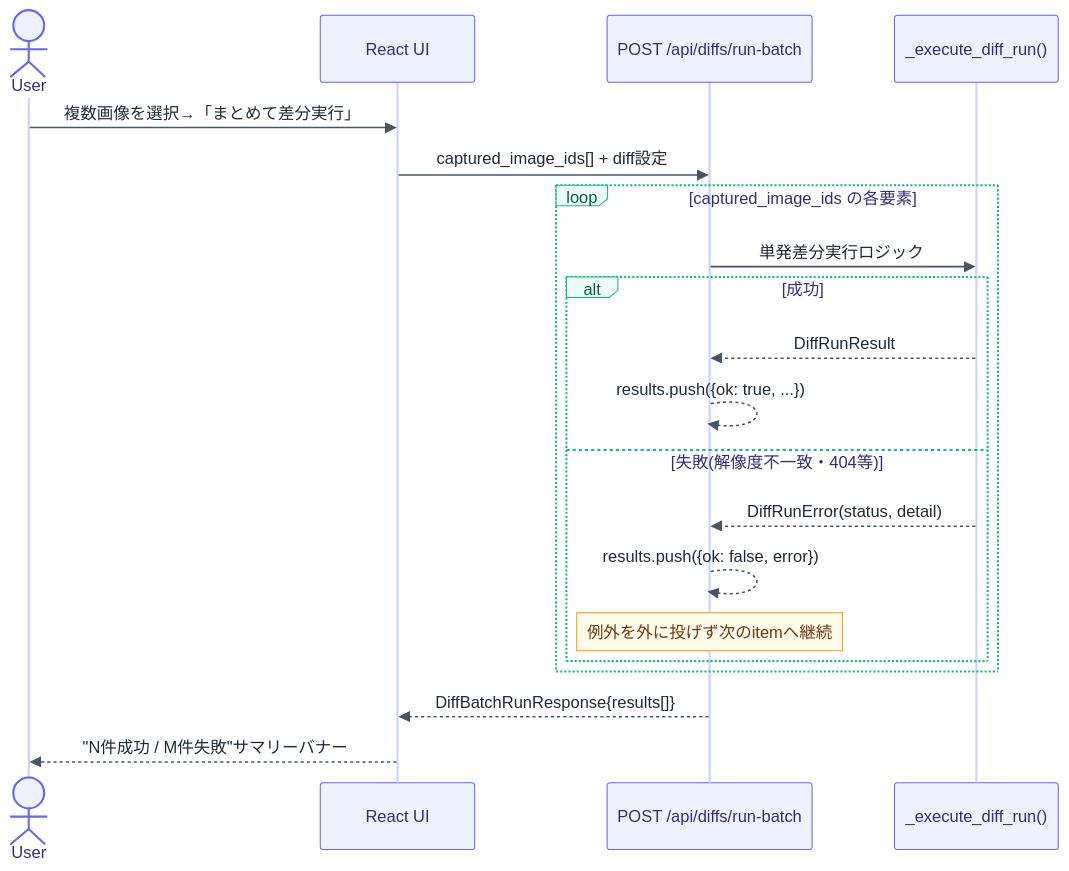
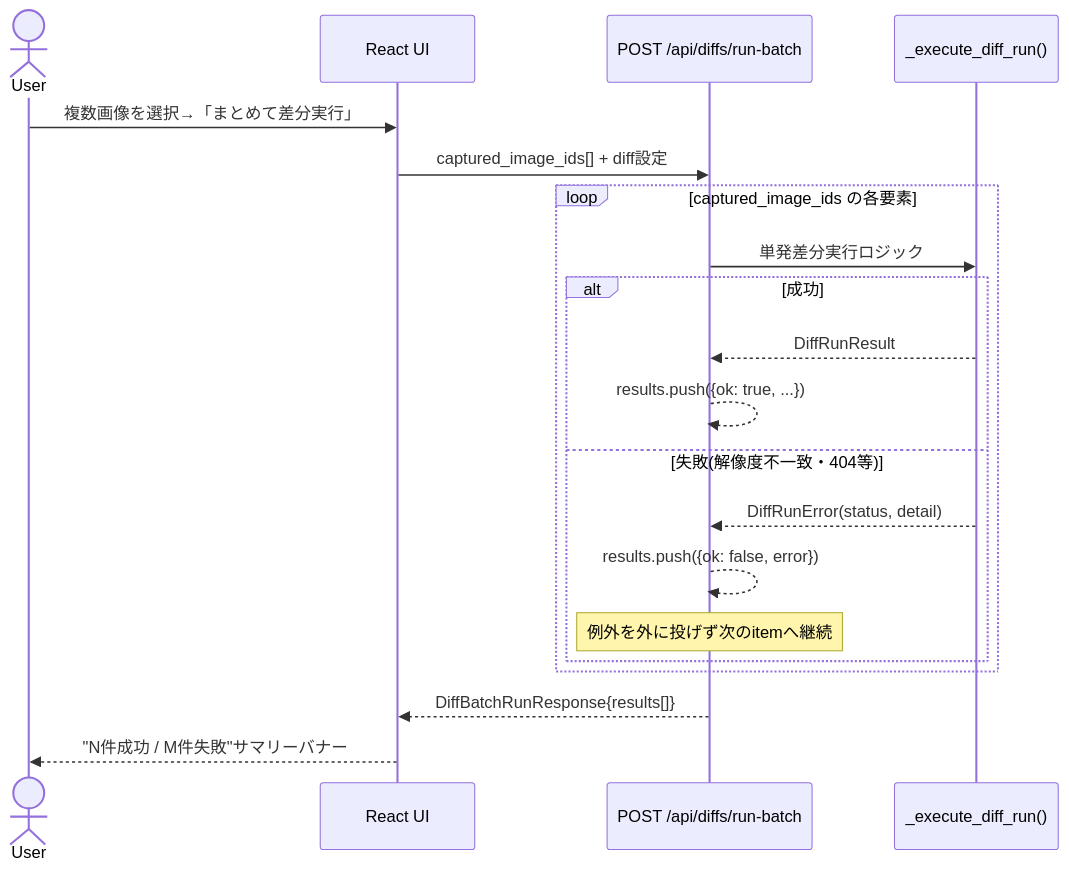
The fourth of 7 diagrams in docs/ARCHITECTURE.md (manato1201/VisualRegressionQATool), drawn with Mermaid before and after one commit. The commit also changed other lines of this file and 2 other files, not shown here.

First line of the commit message:
Rebuild system diagram as hand-routed SVG, document setup/verification steps

````diff
--- a/docs/ARCHITECTURE.md
+++ b/docs/ARCHITECTURE.md
@@ -192,30 +167,23 @@
 ```mermaid
-%%{init: {'theme': 'base', 'themeVariables': {
-    'actorBkg': '#eef2ff', 'actorBorder': '#6366f1', 'actorTextColor': '#312e81', 'actorLineColor': '#c7d2fe',
-    'signalColor': '#475569', 'signalTextColor': '#1e293b',
-    'labelBoxBkgColor': '#ecfdf5', 'labelBoxBorderColor': '#10b981', 'labelTextColor': '#065f46',
-    'noteBkgColor': '#fffbeb', 'noteBorderColor': '#f59e0b', 'noteTextColor': '#78350f',
-    'fontFamily': 'Inter, sans-serif'
-}}}%%
 sequenceDiagram
     actor User
     participant UI as React UI
     participant API as POST /api/diffs/run-batch
     participant Core as _execute_diff_run()
 
     User->>UI: 複数画像を選択→「まとめて差分実行」
     UI->>API: captured_image_ids[] + diff設定
     loop captured_image_ids の各要素
         API->>Core: 単発差分実行ロジック
         alt 成功
             Core-->>API: DiffRunResult
             API-->>API: results.push({ok: true, ...})
         else 失敗(解像度不一致・404等)
             Core-->>API: DiffRunError(status, detail)
             API-->>API: results.push({ok: false, error})
             Note over API: 例外を外に投げず次のitemへ継続
         end
     end
     API-->>UI: DiffBatchRunResponse{results[]}
     UI-->>User: "N件成功 / M件失敗"サマリーバナー
 ```
````
